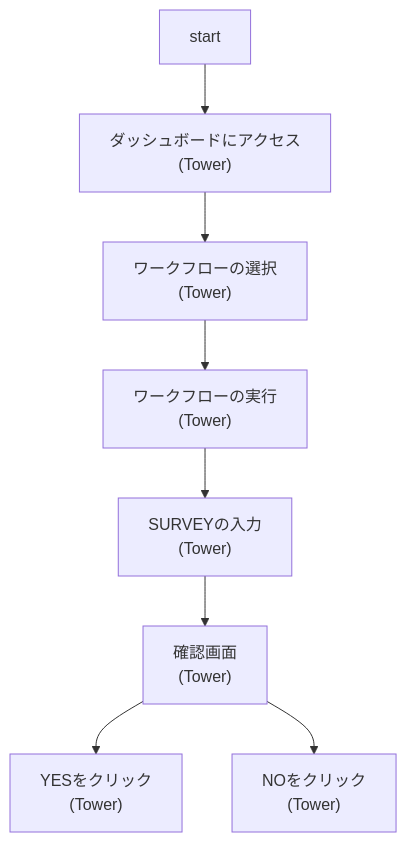
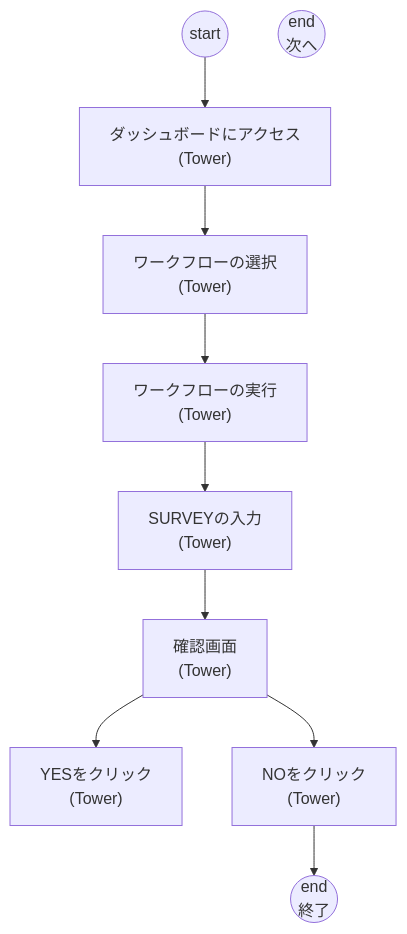
The second of 2 diagrams in hoge.md (panda-git-hub/handbook), drawn with Mermaid before and after one commit.

````diff
--- a/hoge.md
+++ b/hoge.md
@@ -17,15 +17,17 @@
 ```mermaid
 flowchart TD
-  Aa["start"]
+  Aa((start))
   Ba["ダッシュボードにアクセス<br>(Tower)"]
   Ca["ワークフローの選択<br>(Tower)"]
   Da["ワークフローの実行<br>(Tower)"]
   Ea["SURVEYの入力<br>(Tower)"]
   Fa["確認画面<br>(Tower)"]
   Fb["YESをクリック<br>(Tower)"]
   Fc["NOをクリック<br>(Tower)"]
+  Za((end<br>次へ))
+  Zb((end<br>終了))
 
   Aa-->Ba-->Ca-->Da-->Ea-->Fa
   Fa-->Fb
-  Fa-->Fc
+  Fa-->Fc-->Zb
 ```
````
